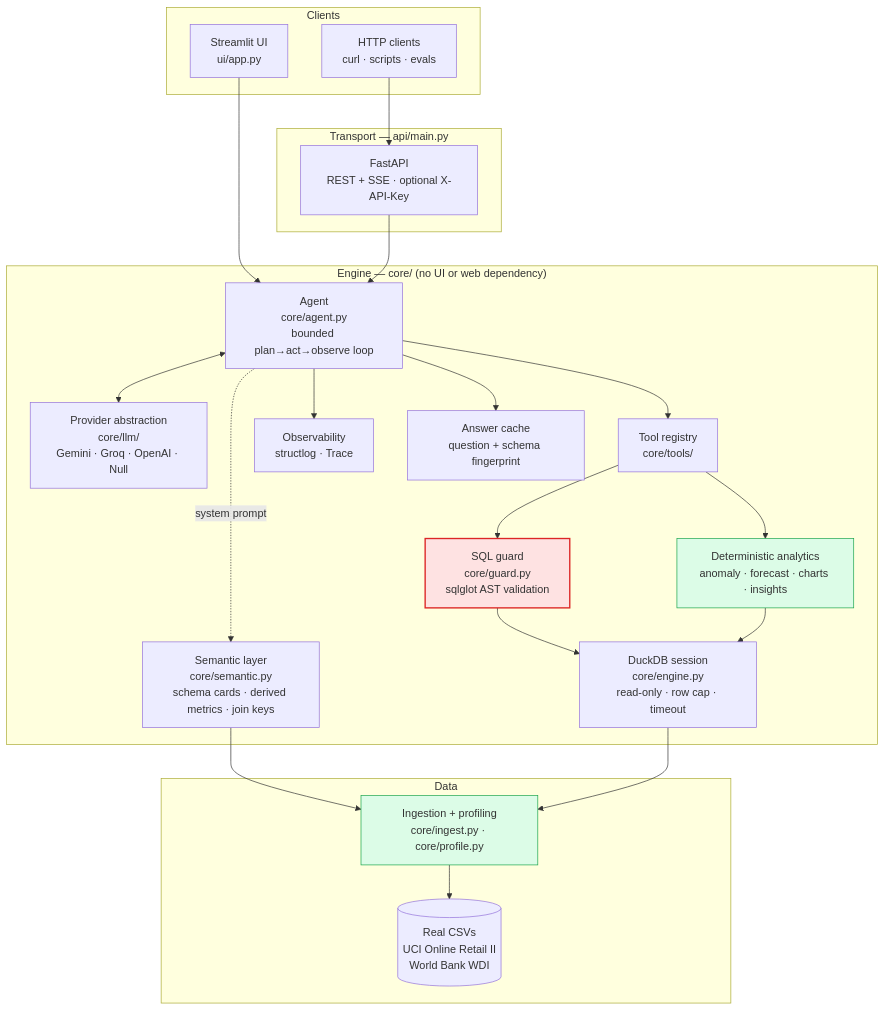
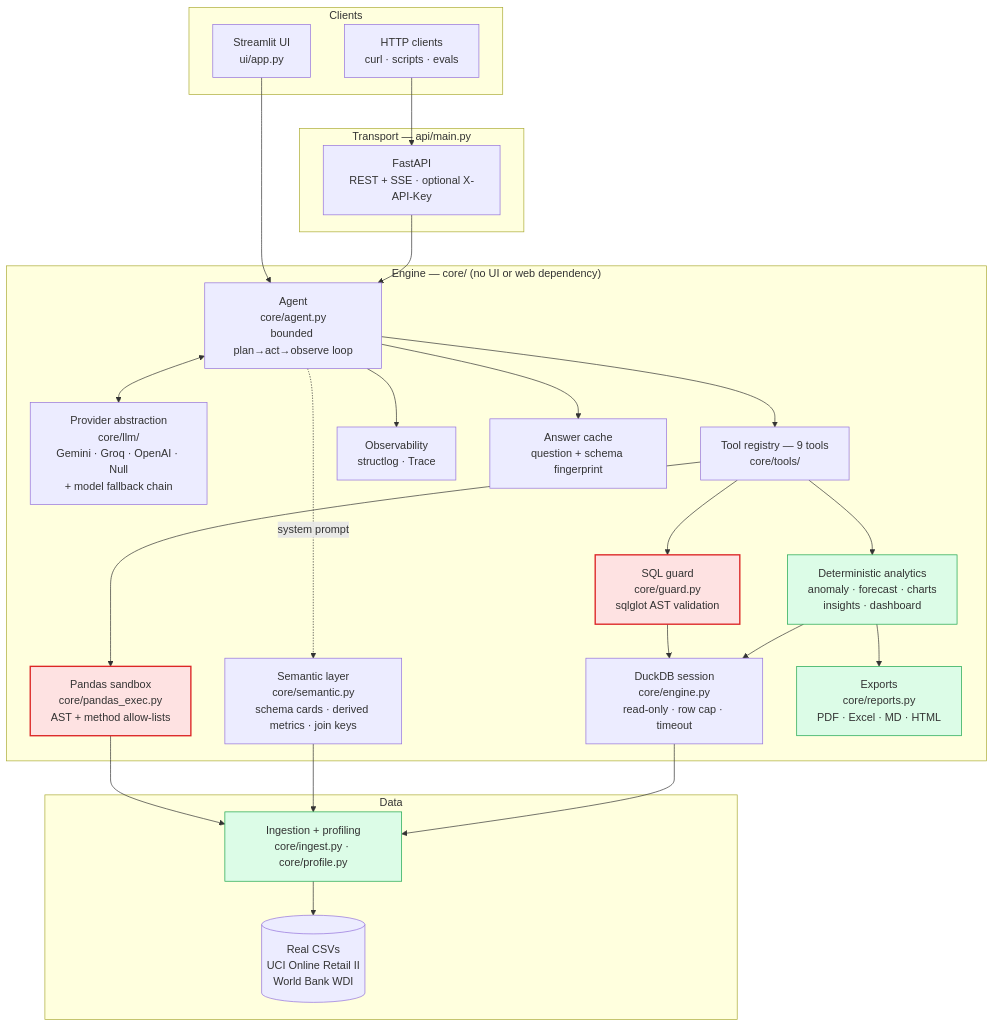
One commit to karthik-idikuda/ai-data-analyst changed the first of 2 diagrams in docs/architecture.md. Above: the diagram before and after it, drawn with Mermaid. The commit also changed other lines of this file and 2 other files, not shown here.

````diff
--- a/docs/architecture.md
+++ b/docs/architecture.md
@@ -21,51 +21,56 @@
 ```mermaid
 flowchart TB
     subgraph clients["Clients"]
         UI["Streamlit UI<br/>ui/app.py"]
         HTTP["HTTP clients<br/>curl · scripts · evals"]
     end
 
     subgraph api["Transport — api/main.py"]
         REST["FastAPI<br/>REST + SSE · optional X-API-Key"]
     end
 
     subgraph engine["Engine — core/ (no UI or web dependency)"]
         AGENT["Agent<br/>core/agent.py<br/>bounded plan→act→observe loop"]
-        LLM["Provider abstraction<br/>core/llm/<br/>Gemini · Groq · OpenAI · Null"]
-        TOOLS["Tool registry<br/>core/tools/"]
+        LLM["Provider abstraction<br/>core/llm/<br/>Gemini · Groq · OpenAI · Null<br/>+ model fallback chain"]
+        TOOLS["Tool registry — 9 tools<br/>core/tools/"]
         GUARD["SQL guard<br/>core/guard.py<br/>sqlglot AST validation"]
+        PYGUARD["Pandas sandbox<br/>core/pandas_exec.py<br/>AST + method allow-lists"]
         SEM["Semantic layer<br/>core/semantic.py<br/>schema cards · derived metrics · join keys"]
         DUCK["DuckDB session<br/>core/engine.py<br/>read-only · row cap · timeout"]
-        STATS["Deterministic analytics<br/>anomaly · forecast · charts · insights"]
+        STATS["Deterministic analytics<br/>anomaly · forecast · charts<br/>insights · dashboard"]
+        REP["Exports<br/>core/reports.py<br/>PDF · Excel · MD · HTML"]
         OBS["Observability<br/>structlog · Trace"]
         CACHE["Answer cache<br/>question + schema fingerprint"]
     end
 
     subgraph data["Data"]
         INGEST["Ingestion + profiling<br/>core/ingest.py · core/profile.py"]
         CSV[("Real CSVs<br/>UCI Online Retail II<br/>World Bank WDI")]
     end
 
     UI --> AGENT
     HTTP --> REST
     REST --> AGENT
 
     AGENT <--> LLM
     AGENT --> TOOLS
     AGENT --> CACHE
     AGENT --> OBS
     AGENT -. system prompt .-> SEM
 
     TOOLS --> GUARD
+    TOOLS --> PYGUARD
     TOOLS --> STATS
     GUARD --> DUCK
+    PYGUARD --> INGEST
     STATS --> DUCK
+    STATS --> REP
     SEM --> INGEST
     DUCK --> INGEST
     INGEST --> CSV
 
     classDef safety fill:#fee2e2,stroke:#dc2626,stroke-width:2px
     classDef deterministic fill:#dcfce7,stroke:#16a34a
-    class GUARD safety
-    class STATS,INGEST deterministic
+    class GUARD,PYGUARD safety
+    class STATS,INGEST,REP deterministic
 ```
````
